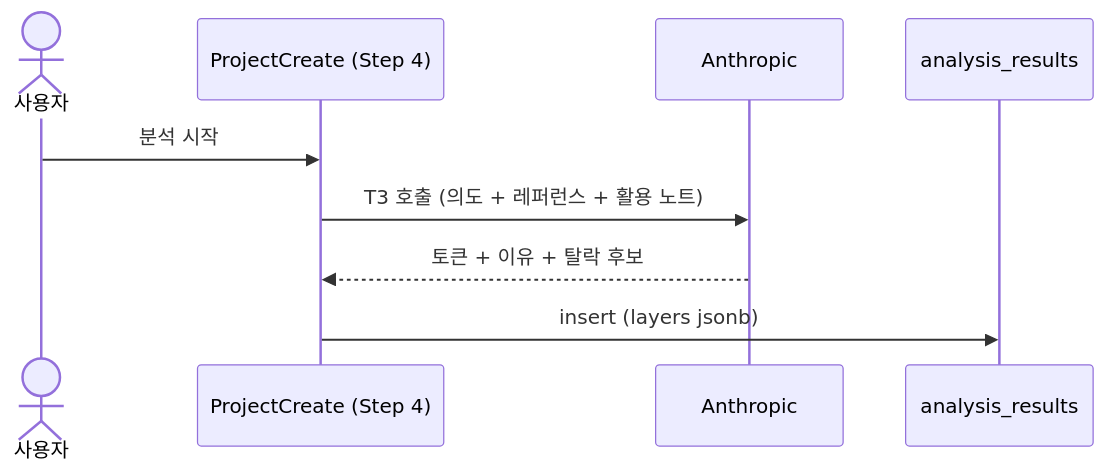
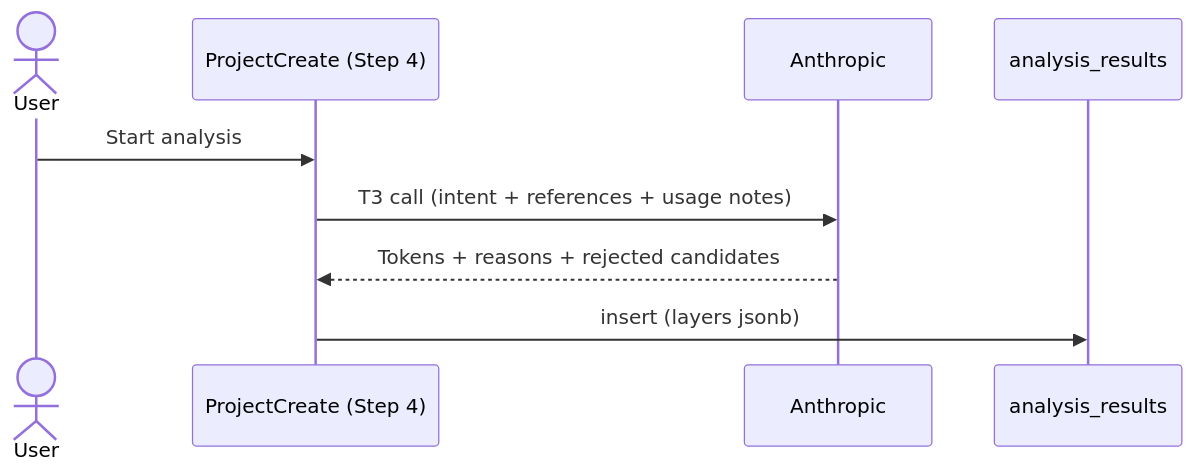
Before and after one commit to cm123kk/muse-test: the second of 3 diagrams in docs/muse/04-data-bridge.md, drawn with Mermaid. The commit also changed other lines of this file and 262 other files, not shown here.

````diff
--- a/docs/muse/04-data-bridge.md
+++ b/docs/muse/04-data-bridge.md
@@ -168,12 +168,12 @@
 ```mermaid
 sequenceDiagram
-  actor User as 사용자
+  actor User as User
   participant UI as ProjectCreate (Step 4)
   participant API as Anthropic
   participant DB as analysis_results
 
-  User->>UI: 분석 시작
-  UI->>API: T3 호출 (의도 + 레퍼런스 + 활용 노트)
-  API-->>UI: 토큰 + 이유 + 탈락 후보
+  User->>UI: Start analysis
+  UI->>API: T3 call (intent + references + usage notes)
+  API-->>UI: Tokens + reasons + rejected candidates
   UI->>DB: insert (layers jsonb)
 ```
````
